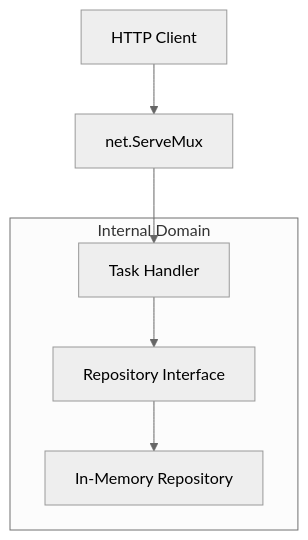
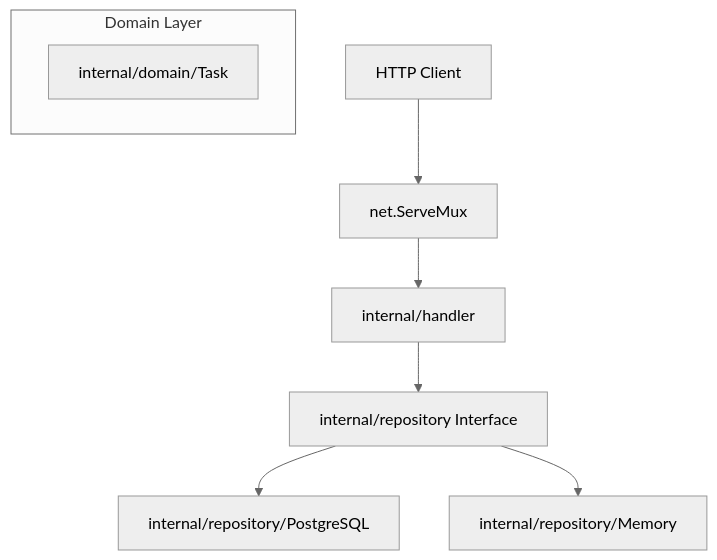
The diagram in README.md (ESousa97/go-task-api), drawn with Mermaid (neutral theme) before and after one commit. The commit also changed other lines of this file and 9 other files, not shown here.

````diff
--- a/README.md
+++ b/README.md
@@ -111,13 +79,12 @@
 ```mermaid
 graph TD
     Client[HTTP Client] --> Mux[net.ServeMux]
-    Mux --> Handler[Task Handler]
-    Handler --> RepoInterface[Repository Interface]
-    RepoInterface --> MemoryRepo[In-Memory Repository]
-
-    subgraph "Internal Domain"
-    Handler
-    RepoInterface
-    MemoryRepo
+    Mux --> Handler[internal/handler]
+    Handler --> RepoInterface[internal/repository Interface]
+    RepoInterface --> Postgres[internal/repository/PostgreSQL]
+    RepoInterface --> Memory[internal/repository/Memory]
+    
+    subgraph "Domain Layer"
+    Task[internal/domain/Task]
     end
 ```
````
